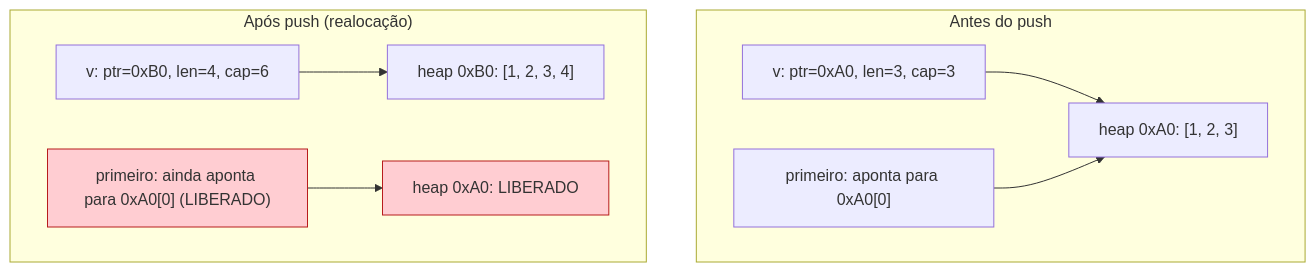
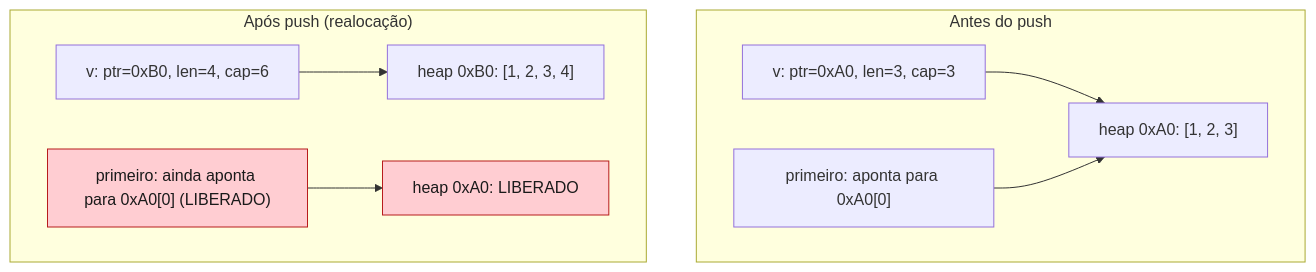
One commit to Felipeness/ferro-e-espirito changed the second of 5 diagrams in book/part-04-ownership/ch11-borrowing.md. Above: the diagram before and after it, drawn with Mermaid. The commit also changed other lines of this file and 56 other files, not shown here.

First line of the commit message:
fix: contraste de texto em diagramas mermaid

````diff
--- a/book/part-04-ownership/ch11-borrowing.md
+++ b/book/part-04-ownership/ch11-borrowing.md
@@ -197,22 +197,22 @@
 ```mermaid
 graph TB
     subgraph Antes["Antes do push"]
         v1["v: ptr=0xA0, len=3, cap=3"]
         h1["heap 0xA0: [1, 2, 3]"]
         p1["primeiro: aponta para 0xA0[0]"]
         v1 --> h1
         p1 --> h1
     end
 
     subgraph Depois["Após push (realocação)"]
         v2["v: ptr=0xB0, len=4, cap=6"]
         h2_old["heap 0xA0: LIBERADO"]
         h2_new["heap 0xB0: [1, 2, 3, 4]"]
         p2["primeiro: ainda aponta para 0xA0[0] (LIBERADO)"]
         v2 --> h2_new
         p2 --> h2_old
     end
 
-    style p2 fill:#ffcdd2,stroke:#b71c1c
-    style h2_old fill:#ffcdd2,stroke:#b71c1c
+    style p2 fill:#ffcdd2,stroke:#b71c1c,color:#1a1a1a
+    style h2_old fill:#ffcdd2,stroke:#b71c1c,color:#1a1a1a
 ```
````
